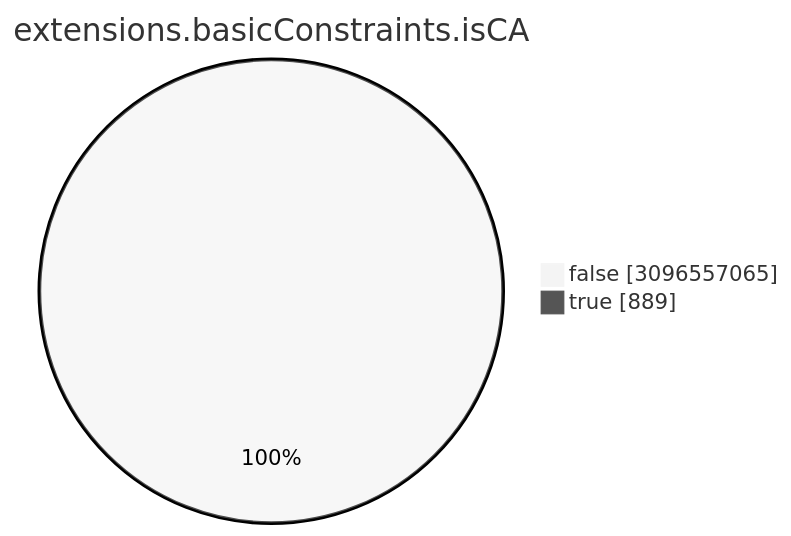
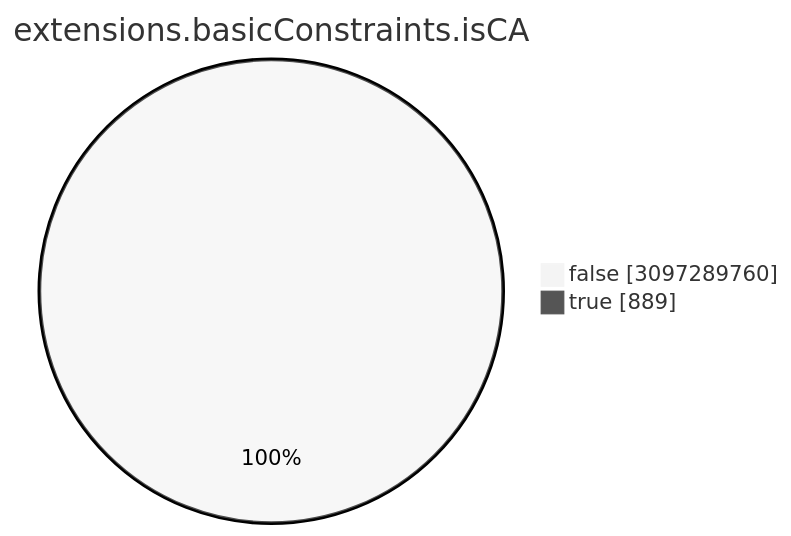
Before and after one commit to christiankrug/ctmonitor_visualization: the seventh of 15 diagrams in TOTAL/README.md, drawn with Mermaid (neutral theme). The commit also changed other lines of this file, not shown here.

````diff
--- a/TOTAL/README.md
+++ b/TOTAL/README.md
@@ -3086,6 +3086,6 @@
 ```mermaid
 pie showData
 title extensions.basicConstraints.isCA
-"false" :3096557065
+"false" :3097289760
 "true" :889
 ```
````
